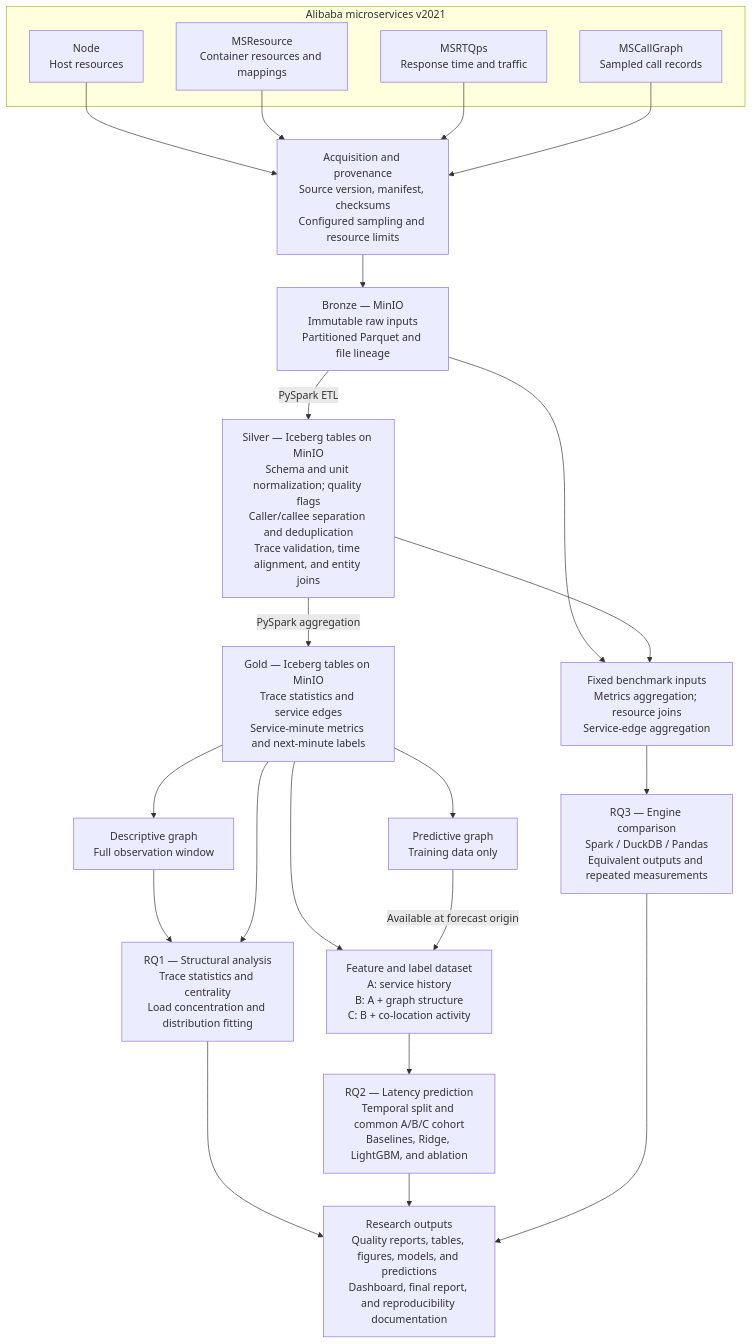
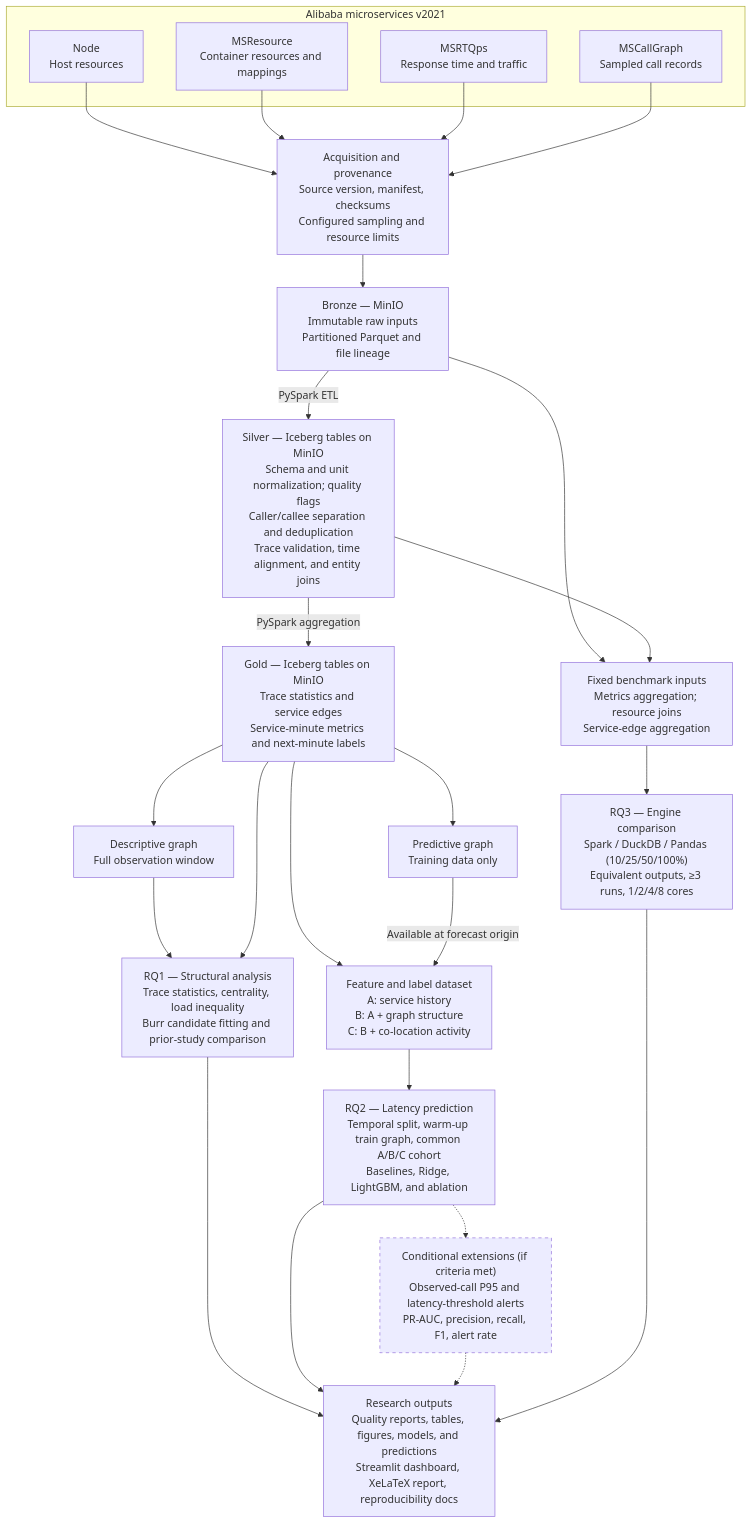
The diagram in README.md (tvyyyy/ie212-microservices), drawn with Mermaid before and after one commit. The commit also changed other lines of this file and 10 other files, not shown here.

````diff
--- a/README.md
+++ b/README.md
@@ -34,46 +33,50 @@
 ```mermaid
 flowchart TB
     subgraph sources["Alibaba microservices v2021"]
         node["Node<br/>Host resources"]
         resource["MSResource<br/>Container resources and mappings"]
         metrics["MSRTQps<br/>Response time and traffic"]
         calls["MSCallGraph<br/>Sampled call records"]
     end
 
     ingest["Acquisition and provenance<br/>Source version, manifest, checksums<br/>Configured sampling and resource limits"]
     node --> ingest
     resource --> ingest
     metrics --> ingest
     calls --> ingest
 
     bronze["Bronze — MinIO<br/>Immutable raw inputs<br/>Partitioned Parquet and file lineage"]
     silver["Silver — Iceberg tables on MinIO<br/>Schema and unit normalization; quality flags<br/>Caller/callee separation and deduplication<br/>Trace validation, time alignment, and entity joins"]
     gold["Gold — Iceberg tables on MinIO<br/>Trace statistics and service edges<br/>Service-minute metrics and next-minute labels"]
     ingest --> bronze
     bronze -->|"PySpark ETL"| silver
     silver -->|"PySpark aggregation"| gold
 
     fullgraph["Descriptive graph<br/>Full observation window"]
     traingraph["Predictive graph<br/>Training data only"]
     features["Feature and label dataset<br/>A: service history<br/>B: A + graph structure<br/>C: B + co-location activity"]
     gold --> fullgraph
     gold --> traingraph
     gold --> features
     traingraph -->|"Available at forecast origin"| features
 
-    rq1["RQ1 — Structural analysis<br/>Trace statistics and centrality<br/>Load concentration and distribution fitting"]
-    rq2["RQ2 — Latency prediction<br/>Temporal split and common A/B/C cohort<br/>Baselines, Ridge, LightGBM, and ablation"]
+    rq1["RQ1 — Structural analysis<br/>Trace statistics, centrality, load inequality<br/>Burr candidate fitting and prior-study comparison"]
+    rq2["RQ2 — Latency prediction<br/>Temporal split, warm-up train graph, common A/B/C cohort<br/>Baselines, Ridge, LightGBM, and ablation"]
+    ext["Conditional extensions (if criteria met)<br/>Observed-call P95 and latency-threshold alerts<br/>PR-AUC, precision, recall, F1, alert rate"]
     benchinput["Fixed benchmark inputs<br/>Metrics aggregation; resource joins<br/>Service-edge aggregation"]
-    rq3["RQ3 — Engine comparison<br/>Spark / DuckDB / Pandas<br/>Equivalent outputs and repeated measurements"]
+    rq3["RQ3 — Engine comparison<br/>Spark / DuckDB / Pandas (10/25/50/100%)<br/>Equivalent outputs, ≥3 runs, 1/2/4/8 cores"]
     fullgraph --> rq1
     gold --> rq1
     features --> rq2
+    rq2 -.-> ext
     bronze --> benchinput
     silver --> benchinput
     benchinput --> rq3
 
-    outputs["Research outputs<br/>Quality reports, tables, figures, models, and predictions<br/>Dashboard, final report, and reproducibility documentation"]
+    outputs["Research outputs<br/>Quality reports, tables, figures, models, and predictions<br/>Streamlit dashboard, XeLaTeX report, reproducibility docs"]
     rq1 --> outputs
     rq2 --> outputs
+    ext -.-> outputs
     rq3 --> outputs
+    style ext stroke-dasharray: 5 5
 ```
````
